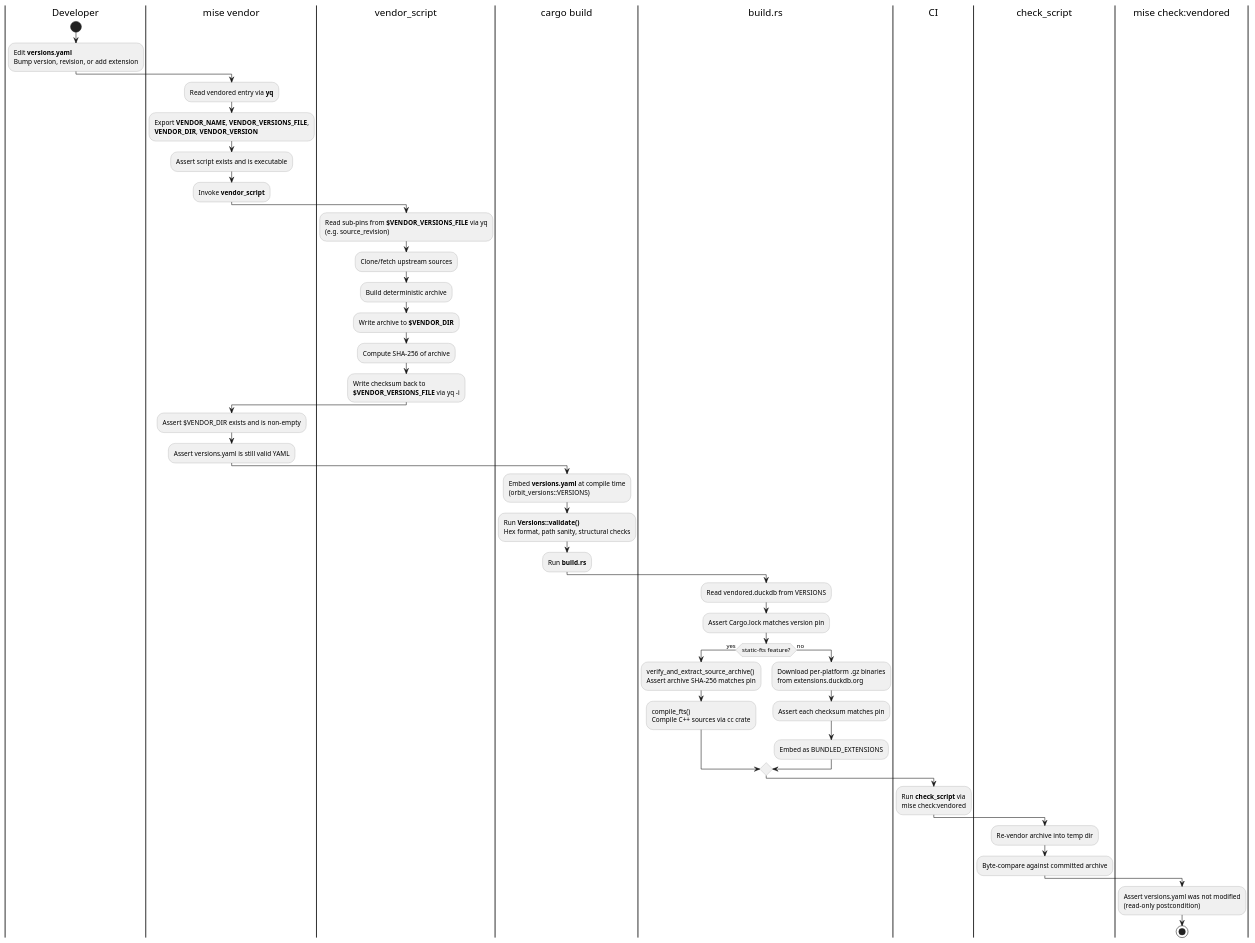
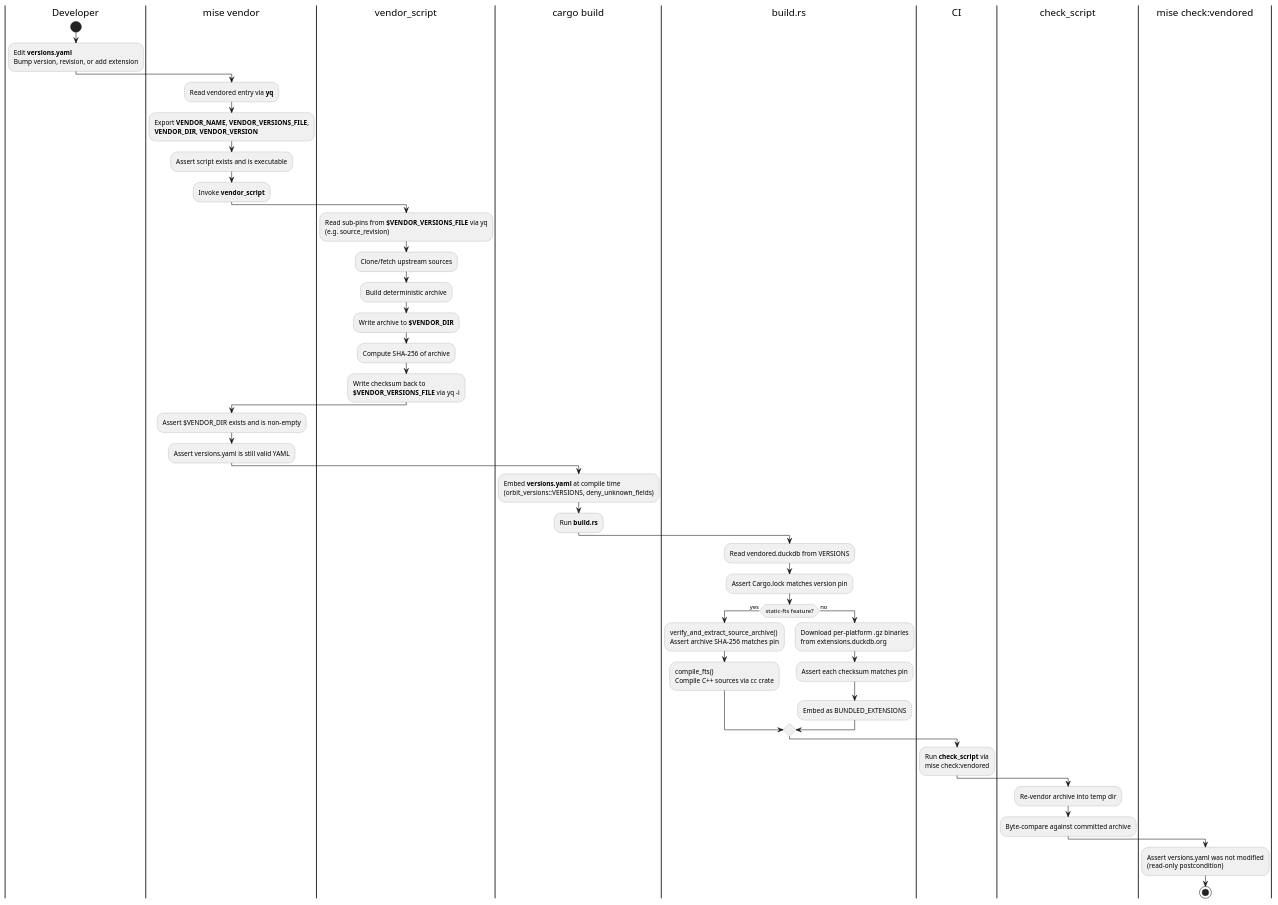
The diagram in docs/dev/runbooks/vendored_dependencies.md (gitlabhq/orbit-knowledge-graph), drawn with PlantUML before and after one commit. The commit also changed other lines of this file, not shown here.

First line of the commit message:
docs: update runbook validation layers for JSON Schema

````diff
--- a/docs/dev/runbooks/vendored_dependencies.md
+++ b/docs/dev/runbooks/vendored_dependencies.md
@@ -10,58 +10,57 @@
 ```plantuml
 @startuml
 skinparam backgroundColor white
 skinparam activityBackgroundColor #F0F0F0
 skinparam activityBorderColor #999999
 
 |Developer|
 start
 :Edit **versions.yaml**\nBump version, revision, or add extension;
 
 |mise vendor|
 :Read vendored entry via **yq**;
 :Export **VENDOR_NAME**, **VENDOR_VERSIONS_FILE**,\n**VENDOR_DIR**, **VENDOR_VERSION**;
 :Assert script exists and is executable;
 :Invoke **vendor_script**;
 
 |vendor_script|
 :Read sub-pins from **$VENDOR_VERSIONS_FILE** via yq\n(e.g. source_revision);
 :Clone/fetch upstream sources;
 :Build deterministic archive;
 :Write archive to **$VENDOR_DIR**;
 :Compute SHA-256 of archive;
 :Write checksum back to\n**$VENDOR_VERSIONS_FILE** via yq -i;
 
 |mise vendor|
 :Assert $VENDOR_DIR exists and is non-empty;
 :Assert versions.yaml is still valid YAML;
 
 |cargo build|
-:Embed **versions.yaml** at compile time\n(orbit_versions::VERSIONS);
-:Run **Versions::validate()**\nHex format, path sanity, structural checks;
+:Embed **versions.yaml** at compile time\n(orbit_versions::VERSIONS, deny_unknown_fields);
 :Run **build.rs**;
 
 |build.rs|
 :Read vendored.duckdb from VERSIONS;
 :Assert Cargo.lock matches version pin;
 
 if (static-fts feature?) then (yes)
   :verify_and_extract_source_archive()\nAssert archive SHA-256 matches pin;
   :compile_fts()\nCompile C++ sources via cc crate;
 else (no)
   :Download per-platform .gz binaries\nfrom extensions.duckdb.org;
   :Assert each checksum matches pin;
   :Embed as BUNDLED_EXTENSIONS;
 endif
 
 |CI|
 :Run **check_script** via\nmise check:vendored;
 
 |check_script|
 :Re-vendor archive into temp dir;
 :Byte-compare against committed archive;
 
 |mise check:vendored|
 :Assert versions.yaml was not modified\n(read-only postcondition);
 stop
 @enduml
 ```
````
